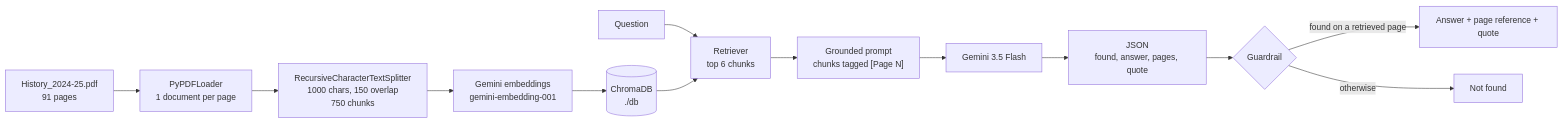
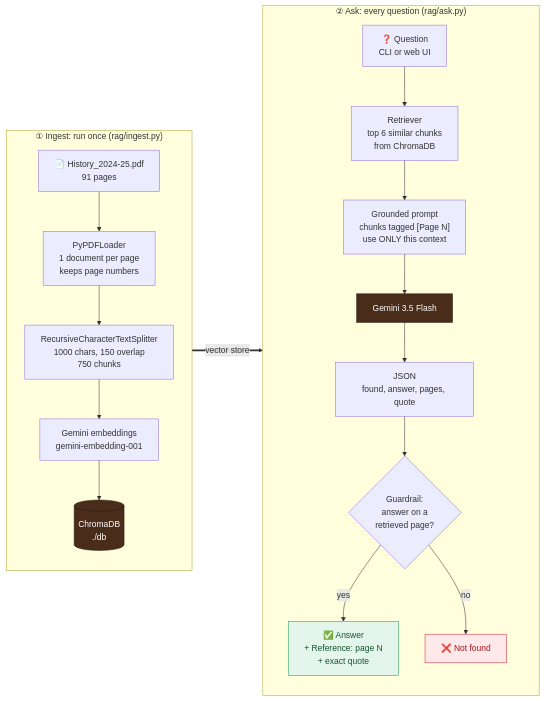
One commit to shubhamrai9122-creator/orient-blackswan-history-bot changed the diagram in README.md. Above: the diagram before and after it, drawn with Mermaid.

Commit message:
README: readable two-column flow diagram (ingest and ask)

````diff
--- a/README.md
+++ b/README.md
@@ -58,15 +58,30 @@
 ```mermaid
 flowchart LR
-    A["History_2024-25.pdf<br/>91 pages"] --> B["PyPDFLoader<br/>1 document per page"]
-    B --> C["RecursiveCharacterTextSplitter<br/>1000 chars, 150 overlap<br/>750 chunks"]
-    C --> D["Gemini embeddings<br/>gemini-embedding-001"]
-    D --> E[("ChromaDB<br/>./db")]
-    Q["Question"] --> R["Retriever<br/>top 6 chunks"]
-    E --> R
-    R --> P["Grounded prompt<br/>chunks tagged [Page N]"]
-    P --> L["Gemini 3.5 Flash"]
-    L --> J["JSON<br/>found, answer, pages, quote"]
-    J --> G{"Guardrail"}
-    G -- "found on a retrieved page" --> OK["Answer + page reference + quote"]
-    G -- "otherwise" --> NF["Not found"]
+    subgraph INGEST["① Ingest: run once (rag/ingest.py)"]
+        direction TB
+        A["📄 History_2024-25.pdf<br/>91 pages"] --> B["PyPDFLoader<br/>1 document per page<br/>keeps page numbers"]
+        B --> C["RecursiveCharacterTextSplitter<br/>1000 chars, 150 overlap<br/>750 chunks"]
+        C --> D["Gemini embeddings<br/>gemini-embedding-001"]
+        D --> E[("ChromaDB<br/>./db")]
+    end
+
+    subgraph ASK["② Ask: every question (rag/ask.py)"]
+        direction TB
+        Q["❓ Question<br/>CLI or web UI"] --> R["Retriever<br/>top 6 similar chunks<br/>from ChromaDB"]
+        R --> P["Grounded prompt<br/>chunks tagged [Page N]<br/>use ONLY this context"]
+        P --> L["Gemini 3.5 Flash"]
+        L --> J["JSON<br/>found, answer, pages, quote"]
+        J --> G{"Guardrail:<br/>answer on a<br/>retrieved page?"}
+        G -->|yes| OK["✅ Answer<br/>+ Reference: page N<br/>+ exact quote"]
+        G -->|no| NF["❌ Not found"]
+    end
+
+    INGEST ==>|"vector store"| ASK
+
+    classDef choco fill:#4a2c1a,stroke:#2b1a10,color:#ffffff
+    classDef found fill:#e4f6ec,stroke:#1f9d55,color:#14532d
+    classDef notfound fill:#fde8ea,stroke:#d62839,color:#a4161a
+    class E,L choco
+    class OK found
+    class NF notfound
 ```
````
